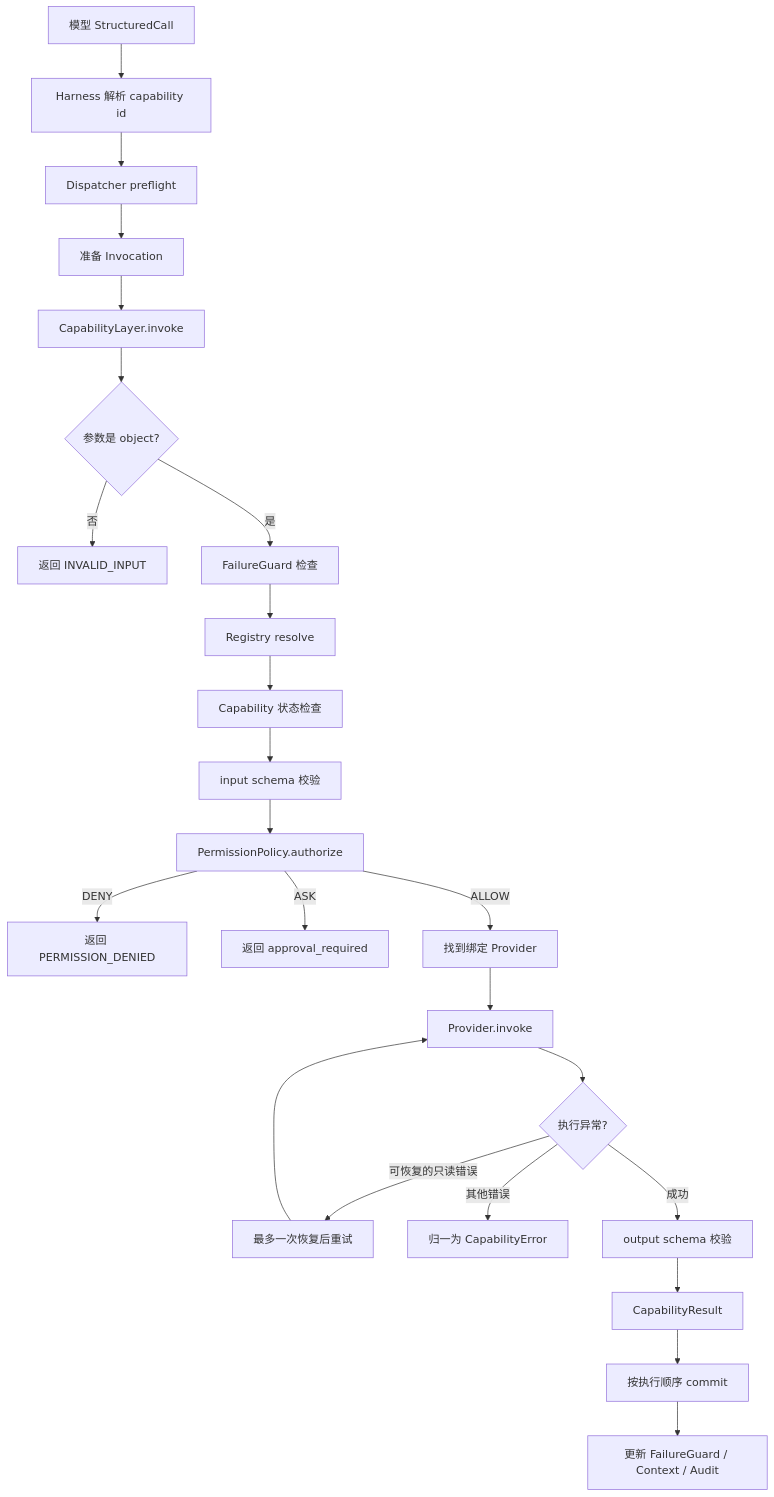
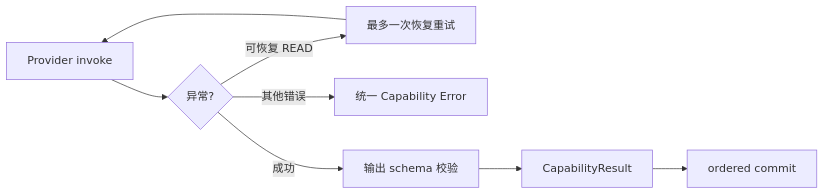
The ninth of 15 diagrams in docs/05-capability-and-tool-system.md (Arthur999459up/GitAgent), drawn with Mermaid before and after one commit. The commit also changed other lines of this file and 15 other files, not shown here.

````diff
--- a/docs/05-capability-and-tool-system.md
+++ b/docs/05-capability-and-tool-system.md
@@ -364,26 +236,10 @@
 ```mermaid
-flowchart TD
-    A[模型 StructuredCall] --> B[Harness 解析 capability id]
-    B --> C[Dispatcher preflight]
-    C --> D[准备 Invocation]
-    D --> E[CapabilityLayer.invoke]
-    E --> F{参数是 object?}
-    F -->|否| Z[返回 INVALID_INPUT]
-    F -->|是| G[FailureGuard 检查]
-    G --> H[Registry resolve]
-    H --> I[Capability 状态检查]
-    I --> J[input schema 校验]
-    J --> K[PermissionPolicy.authorize]
-    K -->|DENY| KD[返回 PERMISSION_DENIED]
-    K -->|ASK| KA[返回 approval_required]
-    K -->|ALLOW| L[找到绑定 Provider]
-    L --> M[Provider.invoke]
-    M --> N{执行异常?}
-    N -->|可恢复的只读错误| O[最多一次恢复后重试]
-    O --> M
-    N -->|其他错误| P[归一为 CapabilityError]
-    N -->|成功| Q[output schema 校验]
-    Q --> R[CapabilityResult]
-    R --> S[按执行顺序 commit]
-    S --> T[更新 FailureGuard / Context / Audit]
+flowchart LR
+    P[Provider invoke] --> E{异常?}
+    E -->|可恢复 READ| R[最多一次恢复重试]
+    R --> P
+    E -->|其他错误| N[统一 Capability Error]
+    E -->|成功| O[输出 schema 校验]
+    O --> C[CapabilityResult]
+    C --> K[ordered commit]
 ```
````
